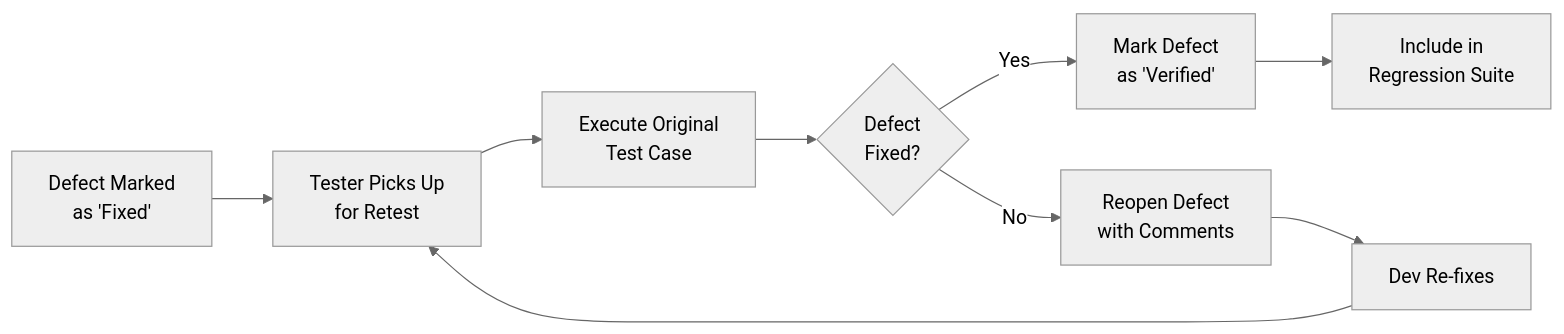
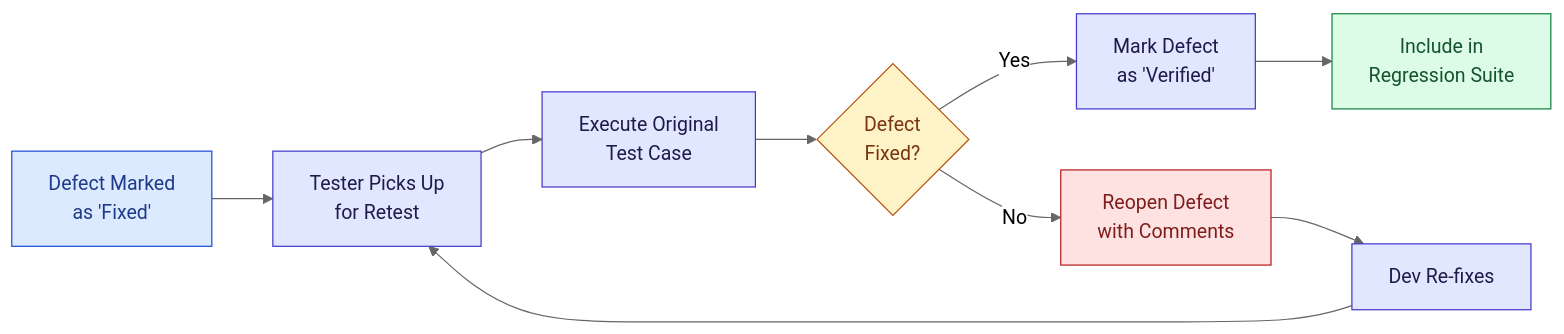
Before and after one commit to ghanendra-sdet/manual-testing-playbook: the seventh of 10 diagrams in Part_03_STLC.md, drawn with Mermaid (neutral theme). The commit also changed other lines of this file and 15 other files, not shown here.

Commit message:
Fix broken routes and anchors; update OWASP 2025, ISTQB v4.0, WCAG 2.2, Jira/Zephyr naming and pricing; style diagrams

````diff
--- a/Part_03_STLC.md
+++ b/Part_03_STLC.md
@@ -1434,11 +1488,22 @@
 ```mermaid
 flowchart LR
-    A["Defect Marked\nas 'Fixed'"] --> B["Tester Picks Up\nfor Retest"]
-    B --> C["Execute Original\nTest Case"]
-    C --> D{"Defect\nFixed?"}
-    D -- Yes --> E["Mark Defect\nas 'Verified'"]
-    D -- No --> F["Reopen Defect\nwith Comments"]
+    A["Defect Marked<br/>as 'Fixed'"] --> B["Tester Picks Up<br/>for Retest"]
+    B --> C["Execute Original<br/>Test Case"]
+    C --> D{"Defect<br/>Fixed?"}
+    D -- Yes --> E["Mark Defect<br/>as 'Verified'"]
+    D -- No --> F["Reopen Defect<br/>with Comments"]
     F --> G["Dev Re-fixes"]
     G --> B
-    E --> H["Include in\nRegression Suite"]
+    E --> H["Include in<br/>Regression Suite"]
+
+    classDef start fill:#dbeafe,stroke:#1d4ed8,color:#1e3a8a
+    classDef step fill:#e0e7ff,stroke:#4338ca,color:#1e1b4b
+    classDef decision fill:#fef3c7,stroke:#b45309,color:#78350f
+    classDef good fill:#dcfce7,stroke:#15803d,color:#14532d
+    classDef bad fill:#fee2e2,stroke:#b91c1c,color:#7f1d1d
+    class A start
+    class B,C,E,G step
+    class D decision
+    class F bad
+    class H good
 ```
````
